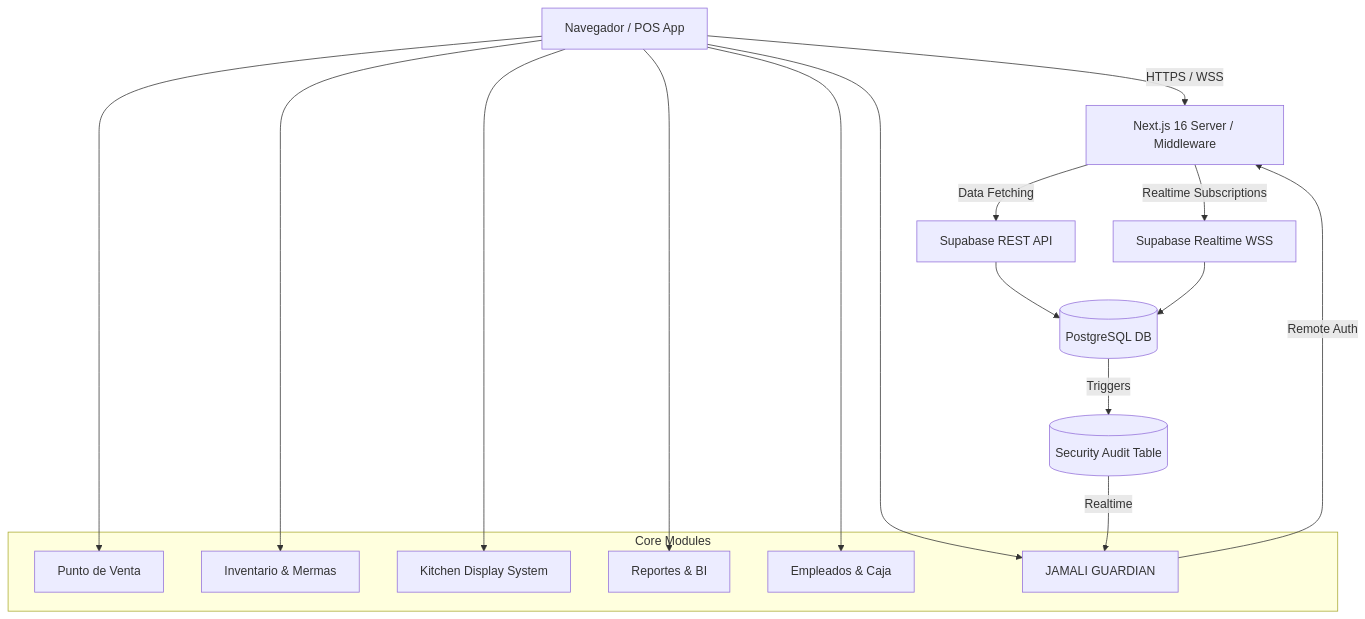
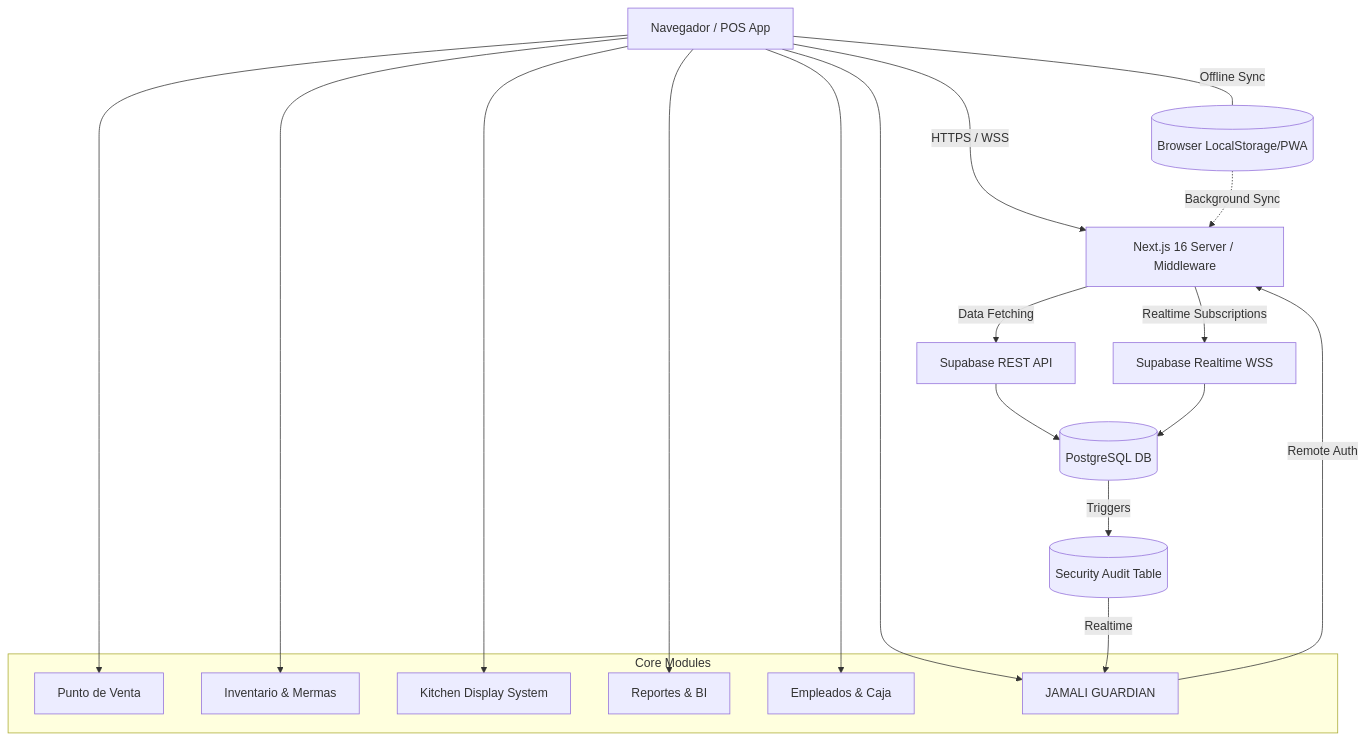
One commit to mejai84/jamaliso changed the first of 2 diagrams in docs/ARCHITECTURE_JAMALISO.md. Above: the diagram before and after it, drawn with Mermaid. The commit also changed 42 other files, not shown here.

````diff
--- a/docs/ARCHITECTURE_JAMALISO.md
+++ b/docs/ARCHITECTURE_JAMALISO.md
@@ -21,29 +21,31 @@
 ```mermaid
 graph TD
     Client[Navegador / POS App] -->|HTTPS / WSS| Nextjs[Next.js 16 Server / Middleware]
     Nextjs -->|Data Fetching| SupabaseAPI[Supabase REST API]
     Nextjs -->|Realtime Subscriptions| SupabaseWSS[Supabase Realtime WSS]
     SupabaseAPI --> Postgres[(PostgreSQL DB)]
     SupabaseWSS --> Postgres
     
     subgraph Core Modules
     POS[Punto de Venta]
     INV[Inventario & Mermas]
     KIT[Kitchen Display System]
     REP[Reportes & BI]
     USR[Empleados & Caja]
     GRD[JAMALI GUARDIAN]
     end
     
     Client --> POS
     Client --> INV
     Client --> KIT
     Client --> REP
     Client --> USR
     Client --> GRD
 
-    %% Intelligence Layer
+    %% Intelligence & Resilience Layer
     Postgres -->|Triggers| Audit[(Security Audit Table)]
     Audit -->|Realtime| GRD
     GRD -->|Remote Auth| Nextjs
+    Client ---|Offline Sync| LocalStorage[(Browser LocalStorage/PWA)]
+    LocalStorage -.->|Background Sync| Nextjs
 ```
````
